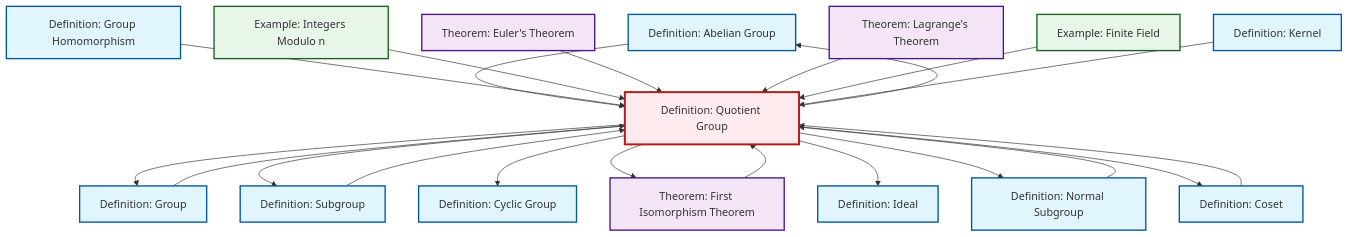
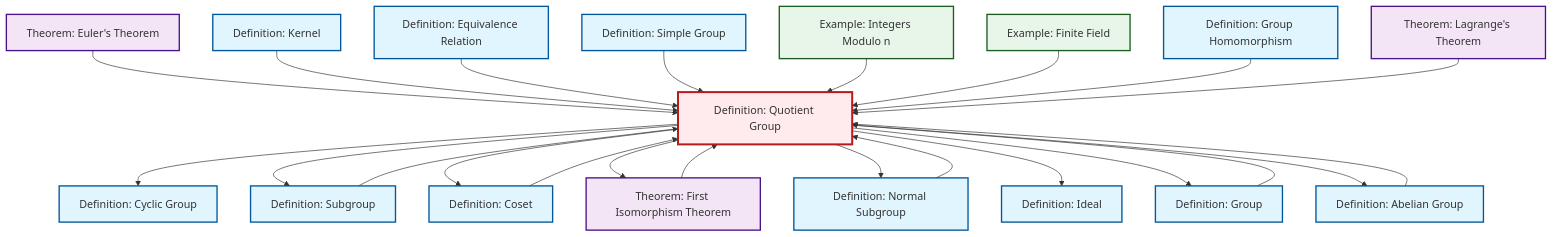
The diagram in content/ja/algebra/def-quotient-group.qmd (RK0429/ModernMath), drawn with Mermaid before and after one commit. The commit also changed other lines of this file and 554 other files, not shown here.

````diff
--- a/content/ja/algebra/def-quotient-group.qmd
+++ b/content/ja/algebra/def-quotient-group.qmd
@@ -145,59 +146,65 @@
 ```{mermaid}
 %%| fig-cap: "Local dependency graph"
 graph TD
     classDef definition fill:#e1f5fe,stroke:#01579b,stroke-width:2px
     classDef theorem fill:#f3e5f5,stroke:#4a148c,stroke-width:2px
     classDef axiom fill:#fff3e0,stroke:#e65100,stroke-width:2px
     classDef example fill:#e8f5e9,stroke:#1b5e20,stroke-width:2px
     classDef current fill:#ffebee,stroke:#b71c1c,stroke-width:3px
+    def-quotient-group["Definition: Quotient Group"]:::definition
+    ex-finite-field["Example: Finite Field"]:::example
+    def-kernel["Definition: Kernel"]:::definition
     def-ideal["Definition: Ideal"]:::definition
     def-abelian-group["Definition: Abelian Group"]:::definition
+    def-subgroup["Definition: Subgroup"]:::definition
+    def-simple-group["Definition: Simple Group"]:::definition
     def-cyclic-group["Definition: Cyclic Group"]:::definition
-    ex-finite-field["Example: Finite Field"]:::example
-    def-quotient-group["Definition: Quotient Group"]:::definition
+    thm-euler["Theorem: Euler's Theorem"]:::theorem
+    ex-quotient-integers-mod-n["Example: Integers Modulo n"]:::example
+    def-group["Definition: Group"]:::definition
+    def-equivalence-relation["Definition: Equivalence Relation"]:::definition
+    def-normal-subgroup["Definition: Normal Subgroup"]:::definition
     def-homomorphism["Definition: Group Homomorphism"]:::definition
-    thm-euler["Theorem: Euler's Theorem"]:::theorem
+    def-coset["Definition: Coset"]:::definition
+    thm-lagrange["Theorem: Lagrange's Theorem"]:::theorem
     thm-first-isomorphism["Theorem: First Isomorphism Theorem"]:::theorem
-    def-group["Definition: Group"]:::definition
-    def-normal-subgroup["Definition: Normal Subgroup"]:::definition
-    def-subgroup["Definition: Subgroup"]:::definition
-    ex-quotient-integers-mod-n["Example: Integers Modulo n"]:::example
-    thm-lagrange["Theorem: Lagrange's Theorem"]:::theorem
-    def-coset["Definition: Coset"]:::definition
-    def-kernel["Definition: Kernel"]:::definition
+    def-coset --> def-quotient-group
+    def-quotient-group --> def-cyclic-group
+    def-quotient-group --> def-subgroup
+    thm-euler --> def-quotient-group
     def-group --> def-quotient-group
+    def-quotient-group --> def-coset
+    def-quotient-group --> thm-first-isomorphism
+    def-subgroup --> def-quotient-group
+    thm-first-isomorphism --> def-quotient-group
+    def-kernel --> def-quotient-group
+    def-equivalence-relation --> def-quotient-group
+    def-quotient-group --> def-normal-subgroup
+    def-simple-group --> def-quotient-group
+    ex-quotient-integers-mod-n --> def-quotient-group
+    def-quotient-group --> def-ideal
+    def-quotient-group --> def-group
+    ex-finite-field --> def-quotient-group
     def-abelian-group --> def-quotient-group
-    def-coset --> def-quotient-group
-    thm-first-isomorphism --> def-quotient-group
-    def-quotient-group --> def-group
-    def-subgroup --> def-quotient-group
-    def-quotient-group --> def-subgroup
+    def-quotient-group --> def-abelian-group
     def-homomorphism --> def-quotient-group
-    ex-quotient-integers-mod-n --> def-quotient-group
-    thm-euler --> def-quotient-group
-    def-quotient-group --> def-cyclic-group
+    def-normal-subgroup --> def-quotient-group
     thm-lagrange --> def-quotient-group
-    ex-finite-field --> def-quotient-group
-    def-kernel --> def-quotient-group
-    def-quotient-group --> def-abelian-group
-    def-quotient-group --> thm-first-isomorphism
-    def-quotient-group --> def-ideal
-    def-quotient-group --> def-normal-subgroup
-    def-quotient-group --> def-coset
-    def-normal-subgroup --> def-quotient-group
     class def-quotient-group current
+    click ex-finite-field "ex-finite-field.html" "Example: Finite Fieldへ"
+    click def-kernel "def-kernel.html" "Definition: Kernelへ"
     click def-ideal "def-ideal.html" "Definition: Idealへ"
     click def-abelian-group "def-abelian-group.html" "Definition: Abelian Groupへ"
+    click def-subgroup "def-subgroup.html" "Definition: Subgroupへ"
+    click def-simple-group "def-simple-group.html" "Definition: Simple Groupへ"
     click def-cyclic-group "def-cyclic-group.html" "Definition: Cyclic Groupへ"
-    click ex-finite-field "ex-finite-field.html" "Example: Finite Fieldへ"
+    click thm-euler "thm-euler.html" "Theorem: Euler's Theoremへ"
+    click ex-quotient-integers-mod-n "ex-quotient-integers-mod-n.html" "Example: Integers Modulo nへ"
+    click def-group "def-group.html" "Definition: Groupへ"
+    click def-equivalence-relation "def-equivalence-relation.html" "Definition: Equivalence Relationへ"
+    click def-normal-subgroup "def-normal-subgroup.html" "Definition: Normal Subgroupへ"
     click def-homomorphism "def-homomorphism.html" "Definition: Group Homomorphismへ"
-    click thm-euler "thm-euler.html" "Theorem: Euler's Theoremへ"
+    click def-coset "def-coset.html" "Definition: Cosetへ"
+    click thm-lagrange "thm-lagrange.html" "Theorem: Lagrange's Theoremへ"
     click thm-first-isomorphism "thm-first-isomorphism.html" "Theorem: First Isomorphism Theoremへ"
-    click def-group "def-group.html" "Definition: Groupへ"
-    click def-normal-subgroup "def-normal-subgroup.html" "Definition: Normal Subgroupへ"
-    click def-subgroup "def-subgroup.html" "Definition: Subgroupへ"
-    click ex-quotient-integers-mod-n "ex-quotient-integers-mod-n.html" "Example: Integers Modulo nへ"
-    click thm-lagrange "thm-lagrange.html" "Theorem: Lagrange's Theoremへ"
-    click def-coset "def-coset.html" "Definition: Cosetへ"
-    click def-kernel "def-kernel.html" "Definition: Kernelへ"
 ```
````
